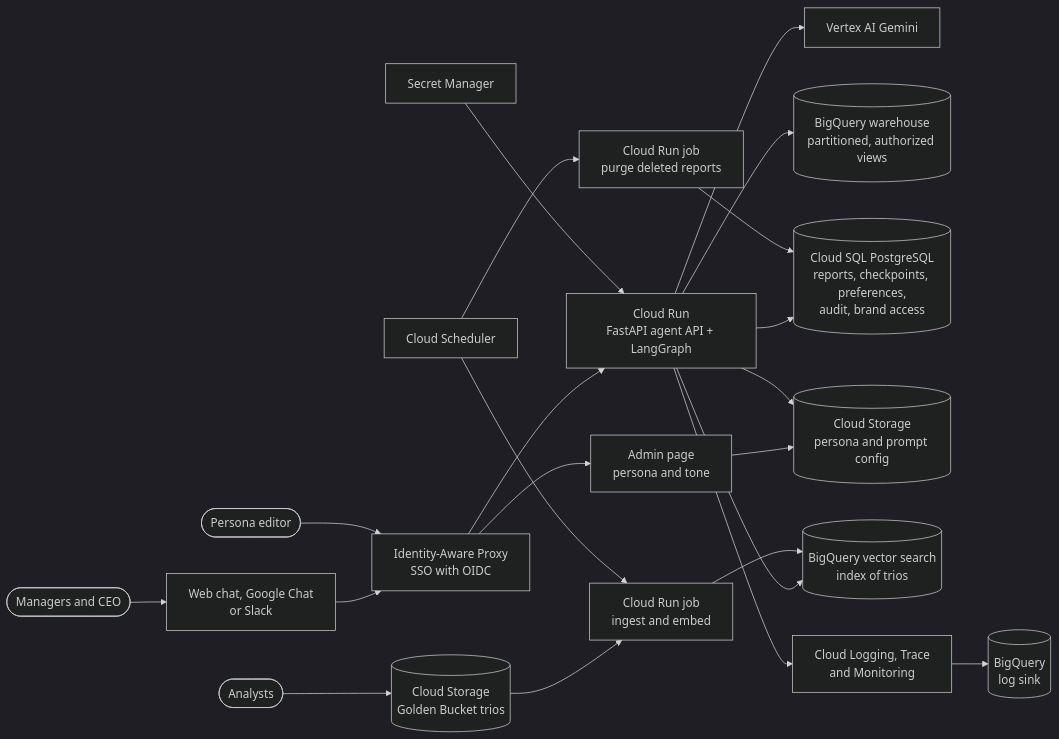
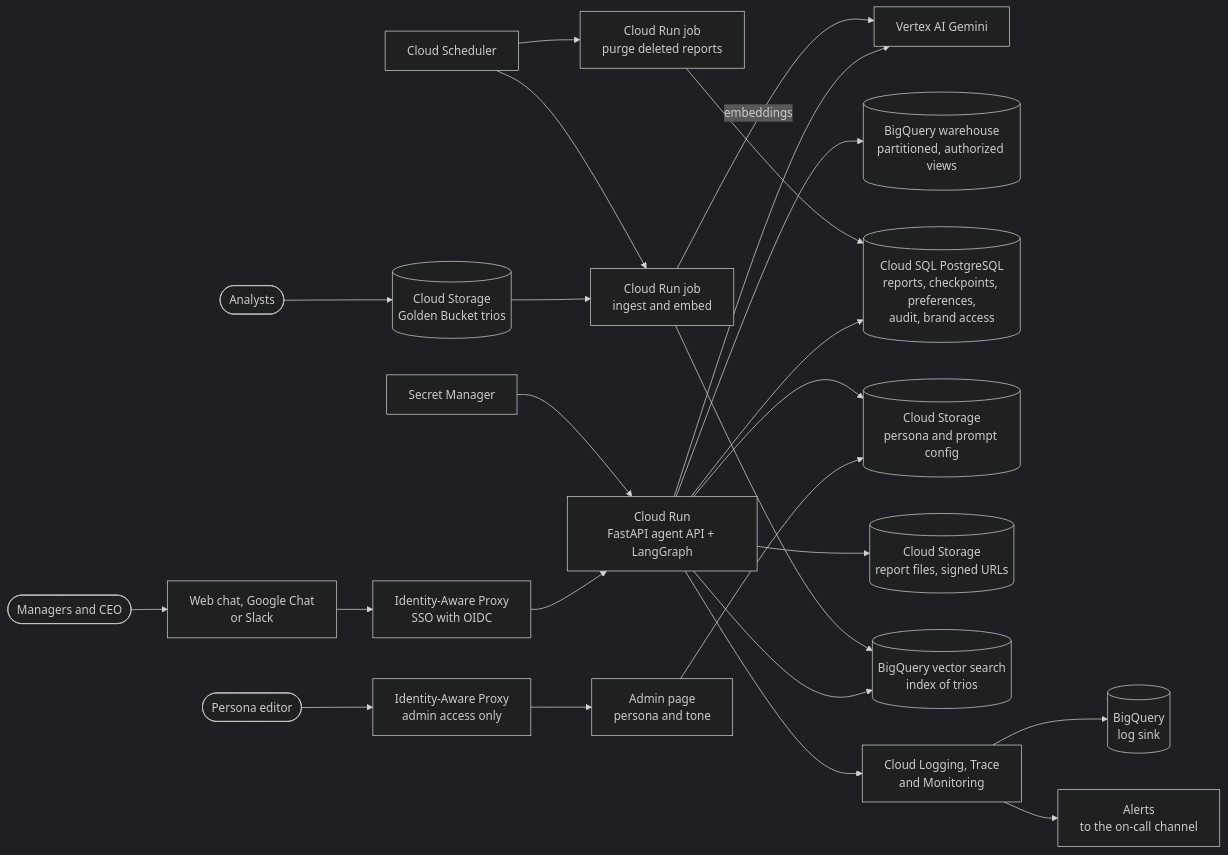
Before and after one commit to ynsa/retail-analytics-assistant: the fourth of 4 diagrams in docs/product/architecture.md, drawn with Mermaid (dark theme). The commit also changed other lines of this file and 5 other files, not shown here.

````diff
--- a/docs/product/architecture.md
+++ b/docs/product/architecture.md
@@ -135,38 +135,44 @@
 ```mermaid
 flowchart LR
     users(["Managers and CEO"])
     editor(["Persona editor"])
     analysts(["Analysts"])
 
     channels["Web chat, Google Chat<br/>or Slack"]
     iap["Identity-Aware Proxy<br/>SSO with OIDC"]
+    iapadmin["Identity-Aware Proxy<br/>admin access only"]
     runapi["Cloud Run<br/>FastAPI agent API + LangGraph"]
     admin["Admin page<br/>persona and tone"]
 
     vertex["Vertex AI Gemini"]
     wh[("BigQuery warehouse<br/>partitioned, authorized views")]
     pg[("Cloud SQL PostgreSQL<br/>reports, checkpoints, preferences,<br/>audit, brand access")]
     persona[("Cloud Storage<br/>persona and prompt config")]
     golden[("Cloud Storage<br/>Golden Bucket trios")]
+    rfiles[("Cloud Storage<br/>report files, signed URLs")]
     vec[("BigQuery vector search<br/>index of trios")]
     ingest["Cloud Run job<br/>ingest and embed"]
     purge["Cloud Run job<br/>purge deleted reports"]
     sched["Cloud Scheduler"]
     secrets["Secret Manager"]
     obs["Cloud Logging, Trace<br/>and Monitoring"]
+    alerts["Alerts<br/>to the on-call channel"]
     logsbq[("BigQuery<br/>log sink")]
 
     users --> channels --> iap --> runapi
-    editor --> iap --> admin --> persona
+    editor --> iapadmin --> admin --> persona
     analysts --> golden
     runapi --> vertex
     runapi --> wh
     runapi --> pg
     runapi --> persona
     runapi --> vec
+    runapi --> rfiles
     golden --> ingest --> vec
+    ingest -->|"embeddings"| vertex
     sched --> ingest
     sched --> purge --> pg
     secrets --> runapi
     runapi --> obs --> logsbq
+    obs --> alerts
 ```
````
